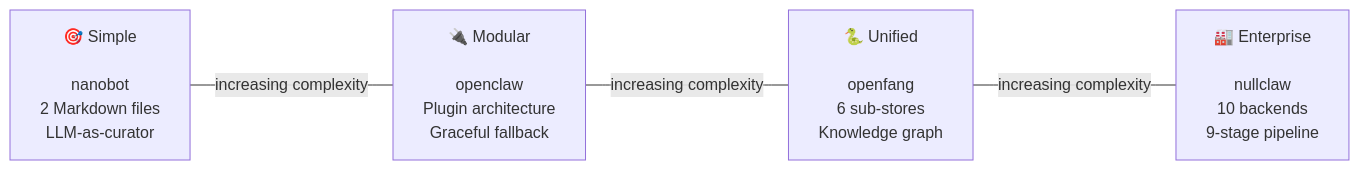
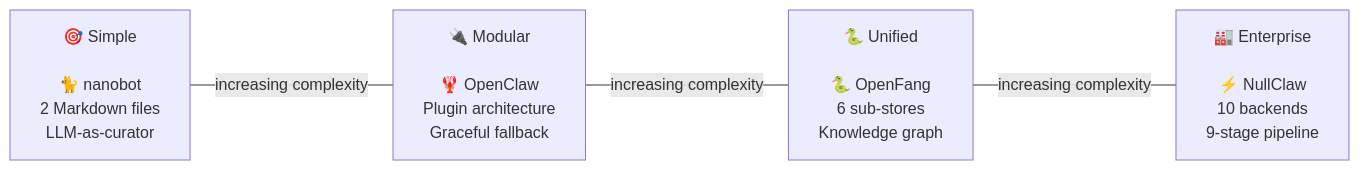
The fifth of 5 diagrams in README.en.md (breath57/how-ai-agents-remember), drawn with Mermaid before and after one commit. The commit also changed other lines of this file and 1 other file, not shown here.

First line of the commit message:
docs: improve project cards layout and fix Mermaid line breaks

````diff
--- a/README.en.md
+++ b/README.en.md
@@ -256,6 +244,6 @@
 ```mermaid
 graph LR
-    A["🎯 Simple\n\nnanobot\n2 Markdown files\nLLM-as-curator"] ---|increasing complexity| B["🔌 Modular\n\nopenclaw\nPlugin architecture\nGraceful fallback"]
-    B ---|increasing complexity| C["🐍 Unified\n\nopenfang\n6 sub-stores\nKnowledge graph"]
-    C ---|increasing complexity| D["🏭 Enterprise\n\nnullclaw\n10 backends\n9-stage pipeline"]
+    A["`🎯 Simple<br/><br/>🐈 nanobot<br/>2 Markdown files<br/>LLM-as-curator`"] ---|increasing complexity| B["`🔌 Modular<br/><br/>🦞 OpenClaw<br/>Plugin architecture<br/>Graceful fallback`"]
+    B ---|increasing complexity| C["`🐍 Unified<br/><br/>🐍 OpenFang<br/>6 sub-stores<br/>Knowledge graph`"]
+    C ---|increasing complexity| D["`🏭 Enterprise<br/><br/>⚡ NullClaw<br/>10 backends<br/>9-stage pipeline`"]
 ```
````
